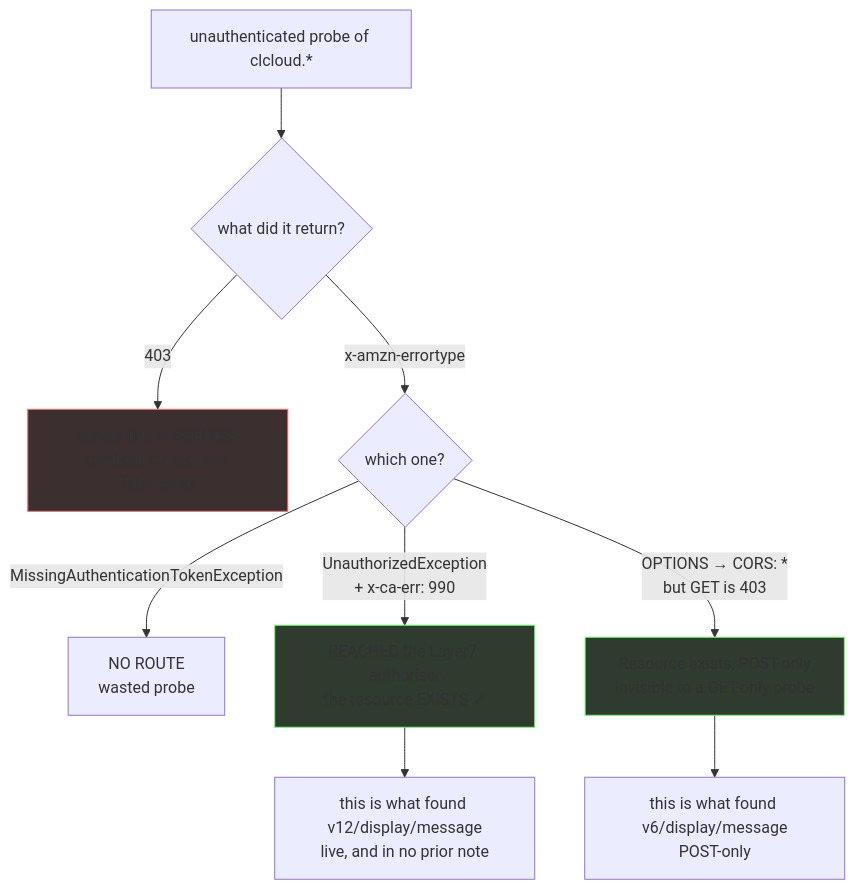
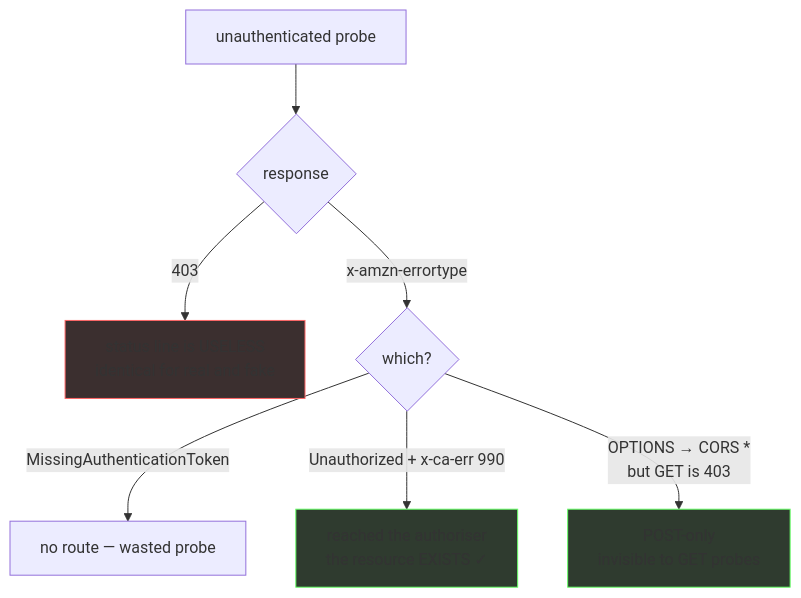
The second of 3 diagrams in README.md (NovaLux12/carelink-api-research), drawn with Mermaid before and after one commit. The commit also changed other lines of this file, not shown here.

````diff
--- a/README.md
+++ b/README.md
@@ -119,14 +60,12 @@
 ```mermaid
 flowchart TD
-    P["unauthenticated probe of clcloud.*"] --> Q{what did it return?}
-    Q -->|"403"| X["status line is USELESS<br/>identical for real and fabricated"]
-    Q -->|"x-amzn-errortype"| T{which one?}
-    T -->|"MissingAuthenticationTokenException"| N["NO ROUTE<br/>wasted probe"]
-    T -->|"UnauthorizedException<br/>+ x-ca-err: 990"| L["REACHED the Layer7 authoriser<br/>the resource EXISTS ✓"]
-    T -->|"OPTIONS → CORS: *<br/>but GET is 403"| Q2["Resource exists, POST-only<br/>invisible to a GET-only probe"]
-    L --> V["this is what found v12/display/message<br/>live, and in no prior note"]
-    Q2 --> V2["this is what found v6/display/message<br/>POST-only"]
+    P["unauthenticated probe"] --> Q{response}
+    Q -->|"403"| X["status line is USELESS<br/>identical for real and fake"]
+    Q -->|"x-amzn-errortype"| T{which?}
+    T -->|"MissingAuthenticationToken"| N["no route — wasted probe"]
+    T -->|"Unauthorized + x-ca-err 990"| L["reached the authoriser<br/>the resource EXISTS ✓"]
+    T -->|"OPTIONS → CORS *<br/>but GET is 403"| Q2["POST-only<br/>invisible to GET probes"]
     style X fill:#3b2f2f,stroke:#f66
     style L fill:#2f3b2f,stroke:#6f6
     style Q2 fill:#2f3b2f,stroke:#6f6
 ```
````
